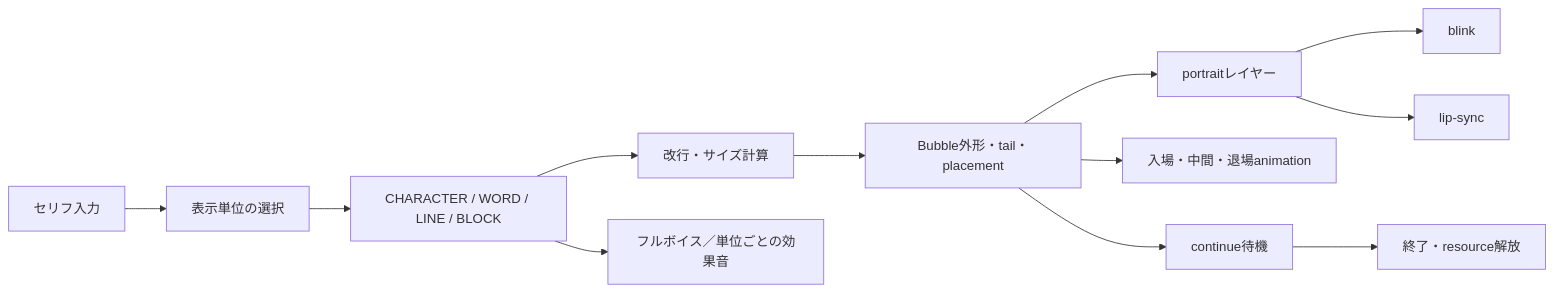
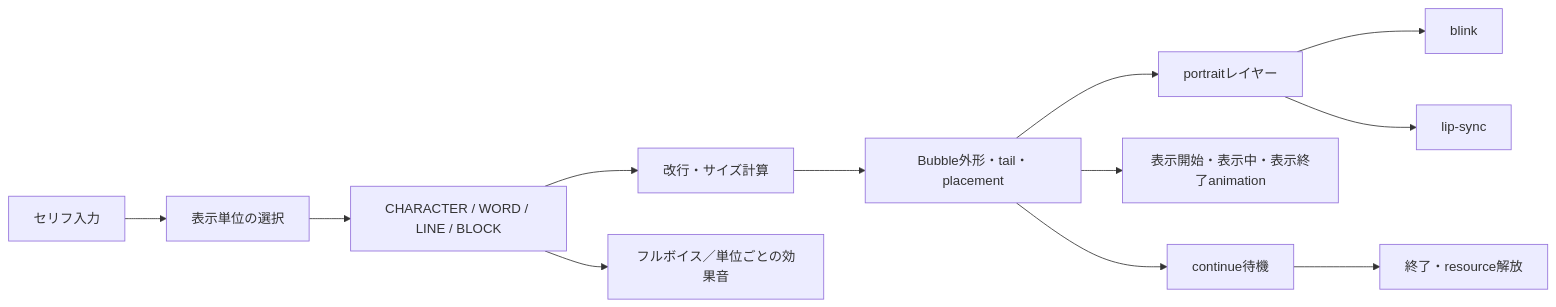
One commit to kubohiroya/turbowarp-bubble changed the first of 6 diagrams in README.md. Above: the diagram before and after it, drawn with Mermaid. The commit also changed other lines of this file and 21 other files, not shown here.

````diff
--- a/README.md
+++ b/README.md
@@ -9,14 +18,14 @@
 ```mermaid
 flowchart LR
   input[セリフ入力] --> reveal[表示単位の選択]
   reveal --> text[CHARACTER / WORD / LINE / BLOCK]
   text --> layout[改行・サイズ計算]
   layout --> body[Bubble外形・tail・placement]
   text --> voice[フルボイス／単位ごとの効果音]
   body --> portrait[portraitレイヤー]
   portrait --> blink[blink]
   portrait --> lipsync[lip-sync]
-  body --> motion[入場・中間・退場animation]
+  body --> motion[表示開始・表示中・表示終了animation]
   body --> wait[continue待機]
   wait --> close[終了・resource解放]
 ```
````
